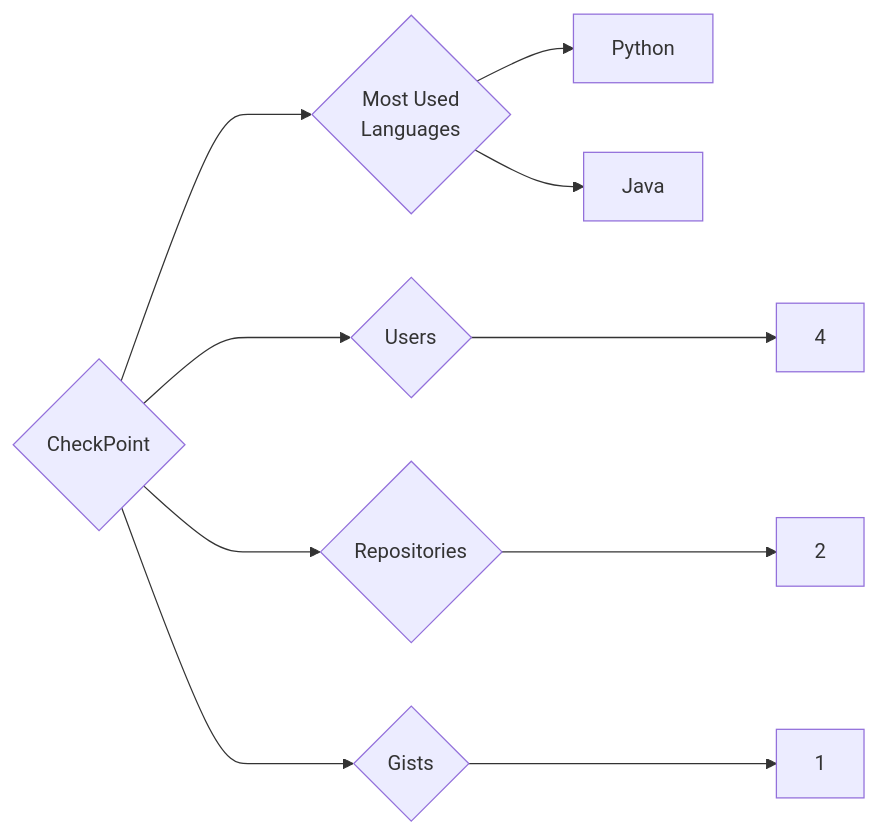
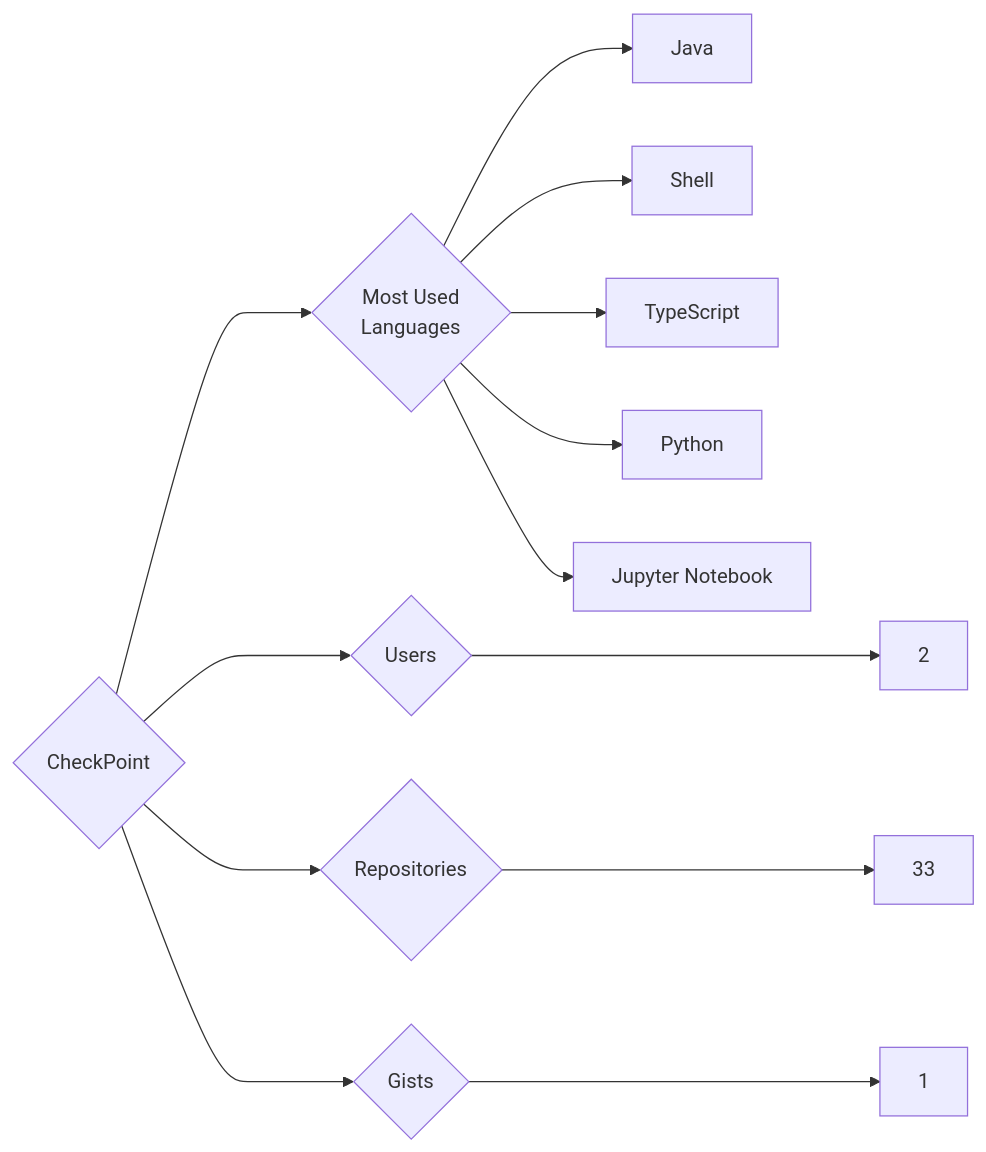
Before and after one commit to trickest/insiders: the diagram in targets/CheckPoint/README.md, drawn with Mermaid. The commit also changed 559 other files, not shown here.

````diff
--- a/targets/CheckPoint/README.md
+++ b/targets/CheckPoint/README.md
@@ -3,10 +3,13 @@
 ```mermaid
 graph LR
 COMPANY_NAME{CheckPoint}
-COMPANY_NAME ---> U{Users} ---> UN[4]
-COMPANY_NAME ---> R{Repositories} ---> RN[2]
+COMPANY_NAME ---> U{Users} ---> UN[2]
+COMPANY_NAME ---> R{Repositories} ---> RN[33]
 COMPANY_NAME ---> G{Gists} ---> GN[1]
 COMPANY_NAME ---> ML{Most Used<br>Languages}
+ML --> Java[Java]
+ML --> Shell[Shell]
+ML --> TypeScript[TypeScript]
 ML --> Python[Python]
-ML --> Java[Java]
+ML --> Jupyter_Notebook[Jupyter Notebook]
 ```
````
